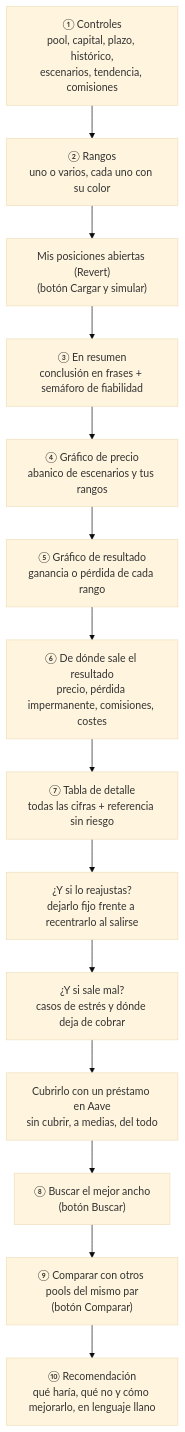
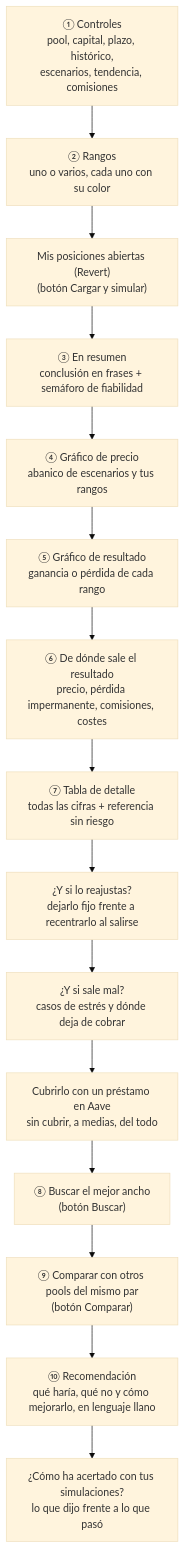
The first of 7 diagrams in Guia Simulador.md (Caiico1/etapas-weinstein), drawn with Mermaid (base theme) before and after one commit. The commit also changed other lines of this file and 8 other files, not shown here.

Commit message:
Simulador: historial de tus simulaciones, comparadas con lo real al vencer (local) y en el aviso mensual

````diff
--- a/Guia Simulador.md
+++ b/Guia Simulador.md
@@ -58,16 +58,17 @@
 ```mermaid
 flowchart TB
     A["① Controles<br/>pool, capital, plazo, histórico,<br/>escenarios, tendencia, comisiones"] --> B["② Rangos<br/>uno o varios, cada uno con su color"]
     B --> M["Mis posiciones abiertas (Revert)<br/>(botón Cargar y simular)"]
     M --> R["③ En resumen<br/>conclusión en frases + semáforo de fiabilidad"]
     R --> C["④ Gráfico de precio<br/>abanico de escenarios y tus rangos"]
     C --> D["⑤ Gráfico de resultado<br/>ganancia o pérdida de cada rango"]
     D --> G["⑥ De dónde sale el resultado<br/>precio, pérdida impermanente, comisiones, costes"]
     G --> E["⑦ Tabla de detalle<br/>todas las cifras + referencia sin riesgo"]
     E --> RJ["¿Y si lo reajustas?<br/>dejarlo fijo frente a recentrarlo al salirse"]
     RJ --> ES["¿Y si sale mal?<br/>casos de estrés y dónde deja de cobrar"]
     ES --> CB["Cubrirlo con un préstamo en Aave<br/>sin cubrir, a medias, del todo"]
     CB --> O["⑧ Buscar el mejor ancho<br/>(botón Buscar)"]
     O --> P["⑨ Comparar con otros pools del mismo par<br/>(botón Comparar)"]
     P --> Q["⑩ Recomendación<br/>qué haría, qué no y cómo mejorarlo, en lenguaje llano"]
+    Q --> HI["¿Cómo ha acertado con tus simulaciones?<br/>lo que dijo frente a lo que pasó"]
 ```
````
